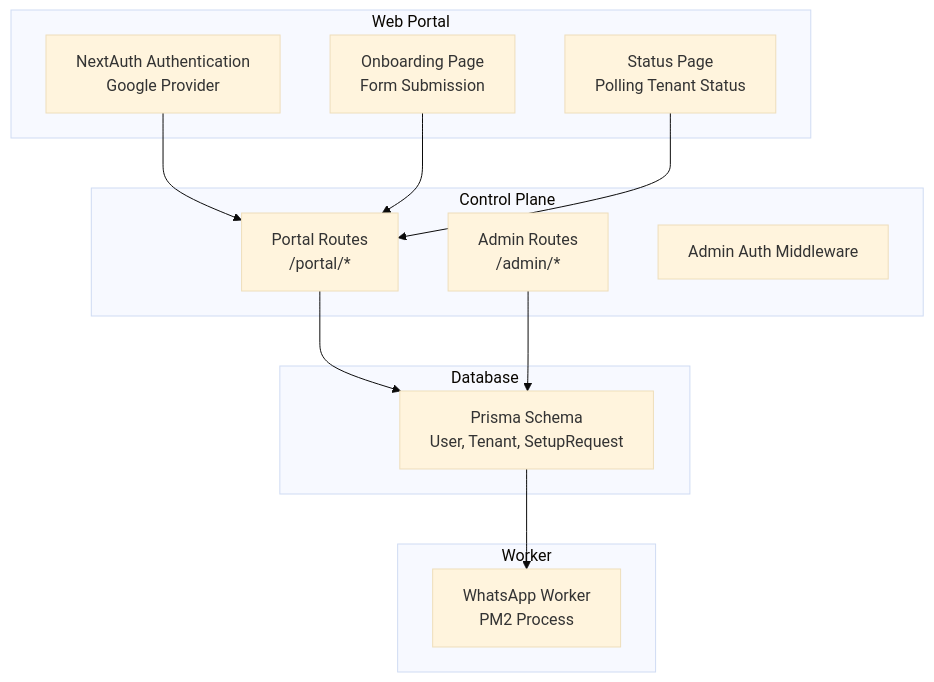
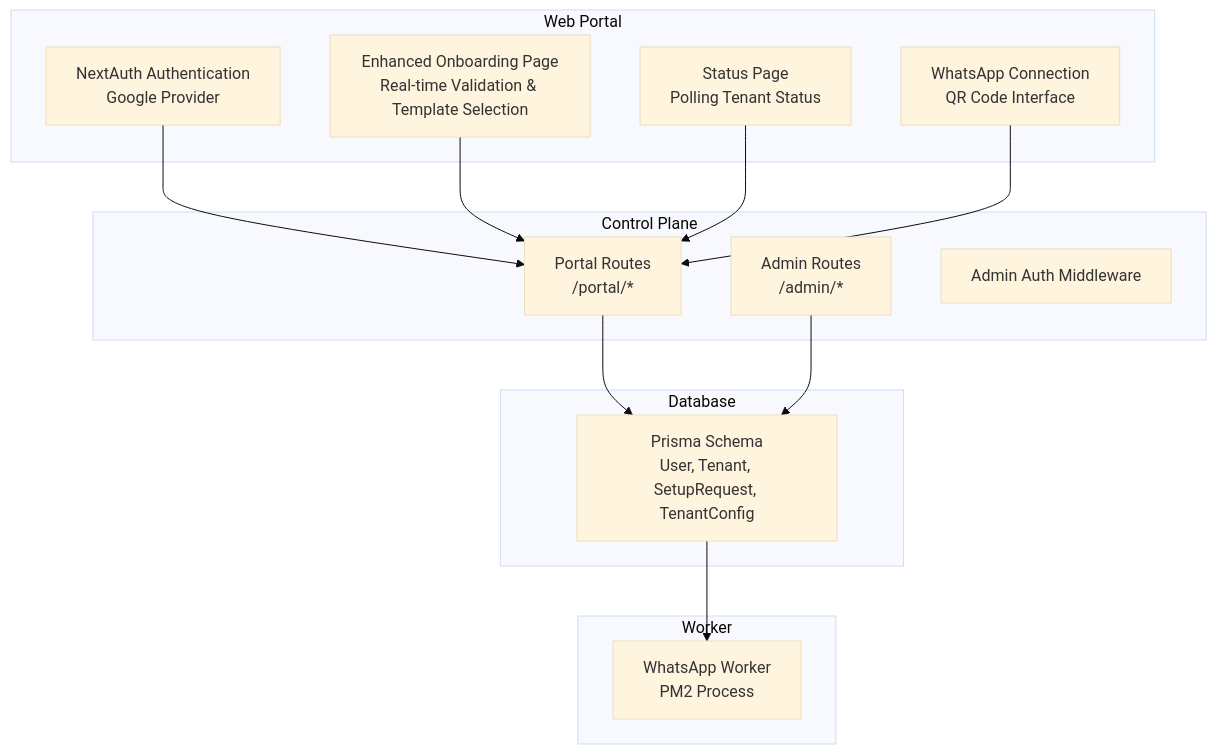
The first of 8 diagrams in .qoder/repowiki/en/content/Database Design/Core Entities/User and SetupRequest Entities.md (askchiwa-spec/FLOW-HQ-BOT), drawn with Mermaid (base theme) before and after one commit. The commit also changed other lines of this file and 69 other files, not shown here.

````diff
--- a/.qoder/repowiki/en/content/Database Design/Core Entities/User and SetupRequest Entities.md
+++ b/.qoder/repowiki/en/content/Database Design/Core Entities/User and SetupRequest Entities.md
@@ -40,25 +53,27 @@
 ```mermaid
 graph TB
 subgraph "Web Portal"
 WEB_AUTH["NextAuth Authentication<br/>Google Provider"]
-WEB_ONBOARD["Onboarding Page<br/>Form Submission"]
+WEB_ONBOARD["Enhanced Onboarding Page<br/>Real-time Validation & Template Selection"]
 WEB_STATUS["Status Page<br/>Polling Tenant Status"]
+WEB_WHATSAPP["WhatsApp Connection<br/>QR Code Interface"]
 end
 subgraph "Control Plane"
 CP_PORTAL["Portal Routes<br/>/portal/*"]
 CP_ADMIN["Admin Routes<br/>/admin/*"]
 CP_AUTH["Admin Auth Middleware"]
 end
 subgraph "Database"
-PRISMA_SCHEMA["Prisma Schema<br/>User, Tenant, SetupRequest"]
+PRISMA_SCHEMA["Prisma Schema<br/>User, Tenant, SetupRequest, TenantConfig"]
 end
 subgraph "Worker"
 WORKER["WhatsApp Worker<br/>PM2 Process"]
 end
 WEB_AUTH --> CP_PORTAL
 WEB_ONBOARD --> CP_PORTAL
 WEB_STATUS --> CP_PORTAL
+WEB_WHATSAPP --> CP_PORTAL
 CP_PORTAL --> PRISMA_SCHEMA
 CP_ADMIN --> PRISMA_SCHEMA
 PRISMA_SCHEMA --> WORKER
 ```
````
